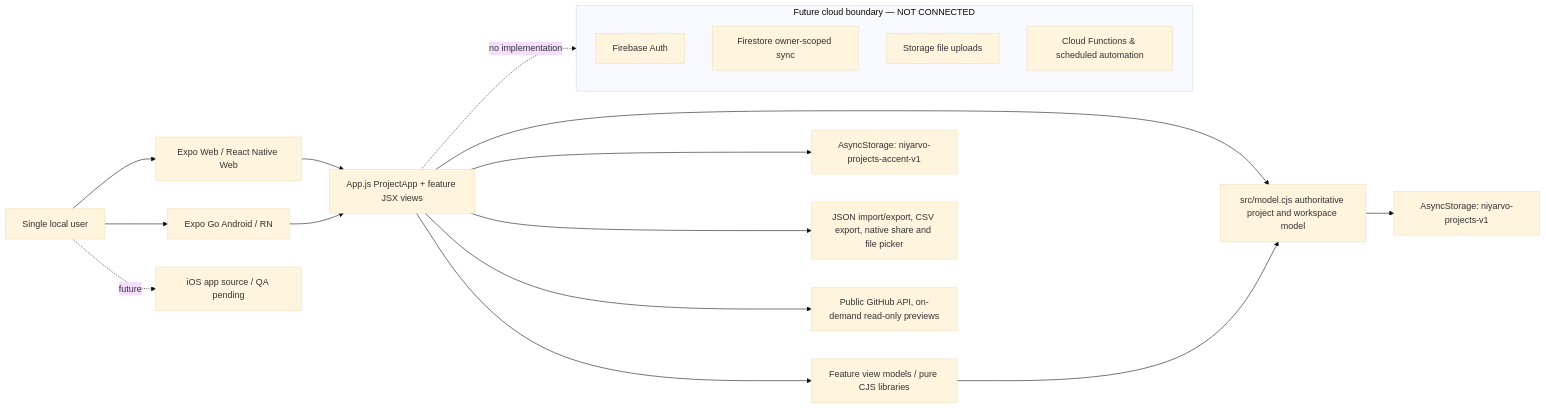
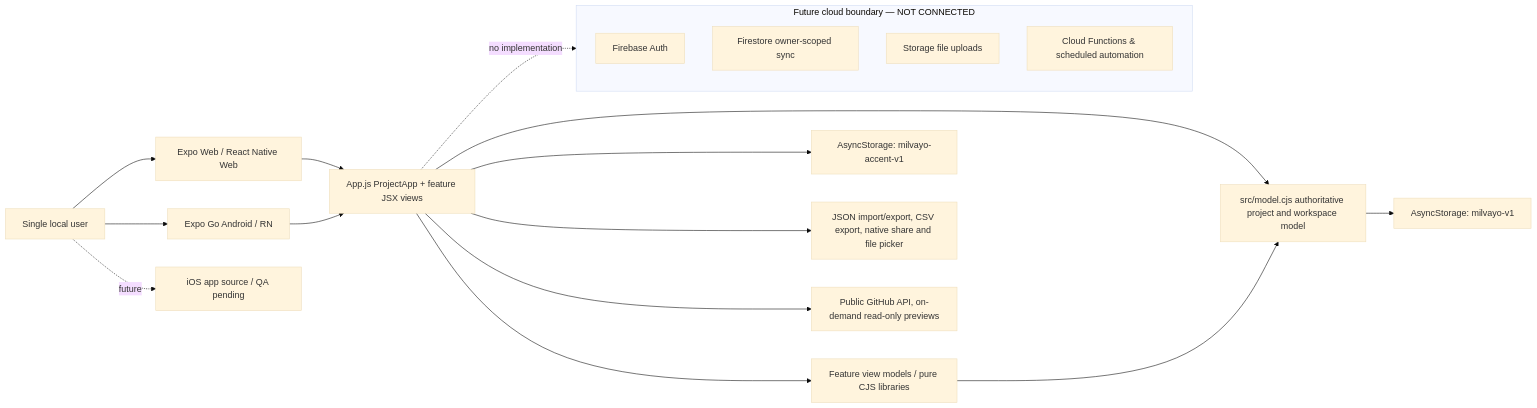
One commit to zouhairelayni/Milvayo changed the first of 4 diagrams in docs/instructions/historical-v0.3.12-02-ARCHITECTURE.md. Above: the diagram before and after it, drawn with Mermaid (base theme). The commit also changed other lines of this file and 115 other files, not shown here.

````diff
--- a/docs/instructions/historical-v0.3.12-02-ARCHITECTURE.md
+++ b/docs/instructions/historical-v0.3.12-02-ARCHITECTURE.md
@@ -5,22 +5,22 @@
 ```mermaid
 flowchart LR
  U[Single local user] --> WEB[Expo Web / React Native Web]
  U --> AND[Expo Go Android / RN]
  U -. future .-> IOS[iOS app source / QA pending]
  WEB --> UI[App.js ProjectApp + feature JSX views]
  AND --> UI
  UI --> M[src/model.cjs authoritative project and workspace model]
  UI --> V[Feature view models / pure CJS libraries]
  V --> M
- M --> A[AsyncStorage: niyarvo-projects-v1]
- UI --> T[AsyncStorage: niyarvo-projects-accent-v1]
+ M --> A[AsyncStorage: milvayo-v1]
+ UI --> T[AsyncStorage: milvayo-accent-v1]
  UI --> F[JSON import/export, CSV export, native share and file picker]
  UI --> PUB[Public GitHub API, on-demand read-only previews]
  subgraph Future_NOT_Connected [Future cloud boundary — NOT CONNECTED]
  FA[Firebase Auth]
  FS[Firestore owner-scoped sync]
  FL[Storage file uploads]
  FN[Cloud Functions & scheduled automation]
  end
  UI -. no implementation .-> Future_NOT_Connected
 ```
````
